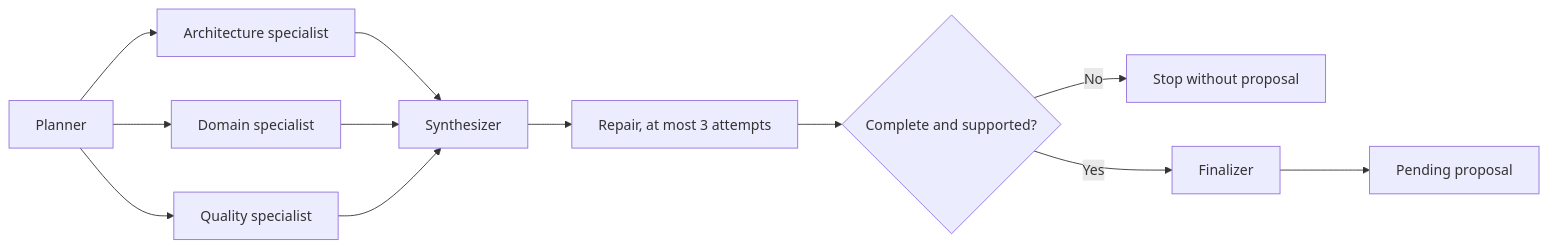
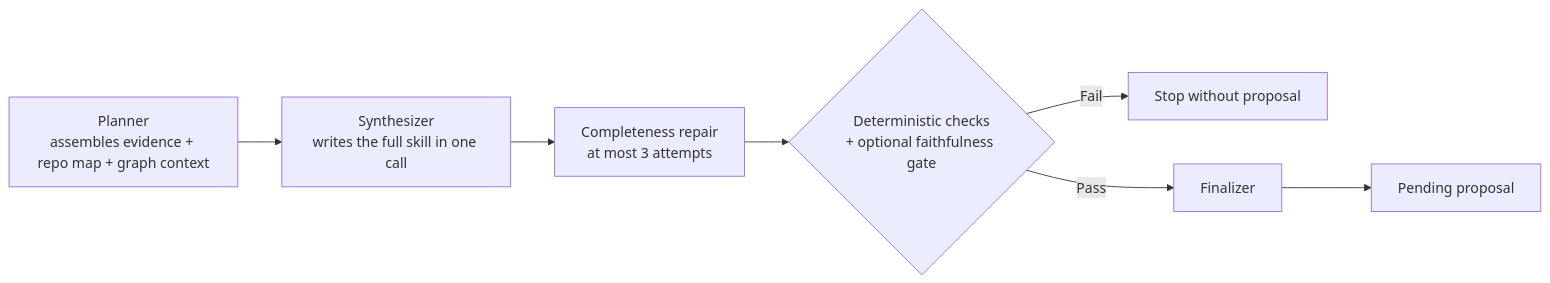
The third of 3 diagrams in content/docs/concepts.mdx (0xaeres/anvay-docs), drawn with Mermaid before and after one commit. The commit also changed other lines of this file and 6 other files, not shown here.

````diff
--- a/content/docs/concepts.mdx
+++ b/content/docs/concepts.mdx
@@ -129,14 +154,9 @@
 ```mermaid
 flowchart LR
-  Planner["Planner"] --> Architect["Architecture specialist"]
-  Planner --> Domain["Domain specialist"]
-  Planner --> Quality["Quality specialist"]
-  Architect --> Synth["Synthesizer"]
-  Domain --> Synth
-  Quality --> Synth
-  Synth --> Repair["Repair, at most 3 attempts"]
-  Repair --> Eval{"Complete and supported?"}
-  Eval -->|No| Stop["Stop without proposal"]
-  Eval -->|Yes| Finalizer["Finalizer"]
+  Planner["Planner<br/>assembles evidence + repo map + graph context"] --> Synth["Synthesizer<br/>writes the full skill in one call"]
+  Synth --> Repair["Completeness repair<br/>at most 3 attempts"]
+  Repair --> Eval{"Deterministic checks<br/>+ optional faithfulness gate"}
+  Eval -->|Fail| Stop["Stop without proposal"]
+  Eval -->|Pass| Finalizer["Finalizer"]
   Finalizer --> Proposal["Pending proposal"]
 ```
````
